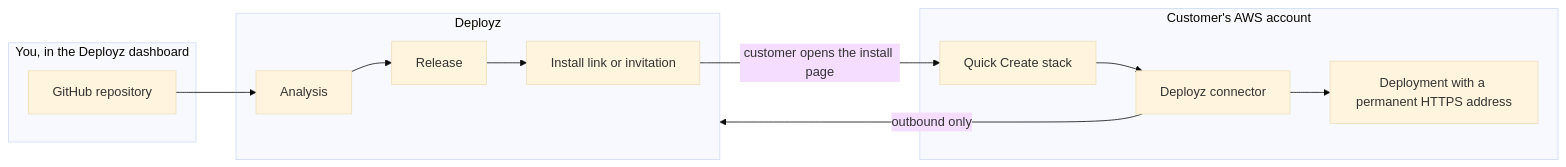
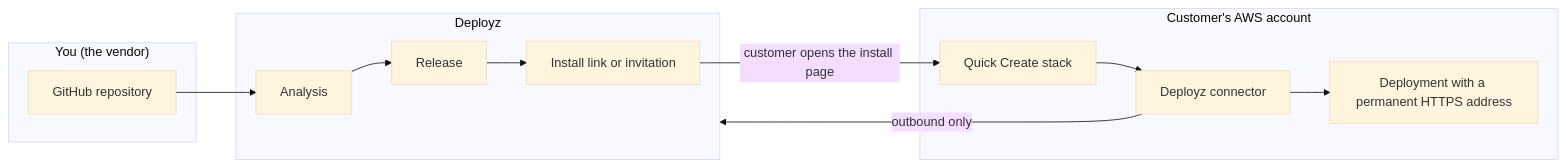
The diagram in how-it-works.mdx (thalia-apps/deployz-docs), drawn with Mermaid (base theme) before and after one commit. The commit also changed other lines of this file and 50 other files, not shown here.

````diff
--- a/how-it-works.mdx
+++ b/how-it-works.mdx
@@ -10,21 +10,21 @@
 ```mermaid
 flowchart LR
-  subgraph vendor["You, in the Deployz dashboard"]
+  subgraph vendor["You (the vendor)"]
     repo["GitHub repository"]
   end
   subgraph deployz["Deployz"]
     analysis["Analysis"]
     release["Release"]
     link["Install link or invitation"]
   end
   subgraph customer["Customer's AWS account"]
     quick["Quick Create stack"]
     connector["Deployz connector"]
     app["Deployment with a permanent HTTPS address"]
   end
   repo --> analysis --> release --> link
   link -- "customer opens the install page" --> quick
   quick --> connector
   connector -- "outbound only" --> deployz
   connector --> app
 ```
````
